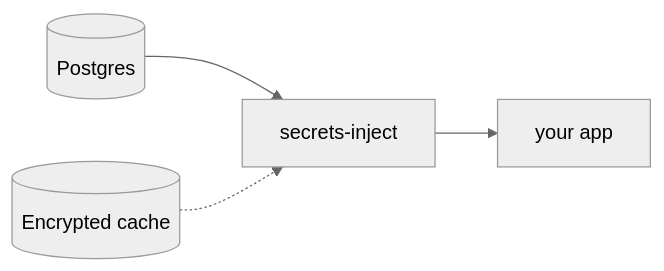
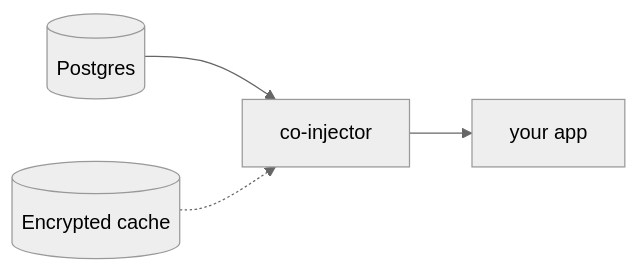
The diagram in README.md (phoscoder/convert-injector), drawn with Mermaid (neutral theme) before and after one commit. The commit also changed other lines of this file and 8 other files, not shown here.

````diff
--- a/README.md
+++ b/README.md
@@ -24,5 +24,5 @@
 ```mermaid
 flowchart LR
-    DB[(Postgres)] --> RUN[secrets-inject] --> APP[your app]
+    DB[(Postgres)] --> RUN[co-injector] --> APP[your app]
     CACHE[(Encrypted cache)] -.-> RUN
 ```
````
